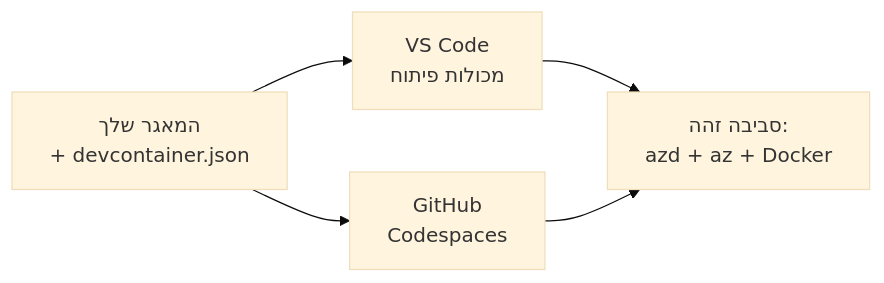
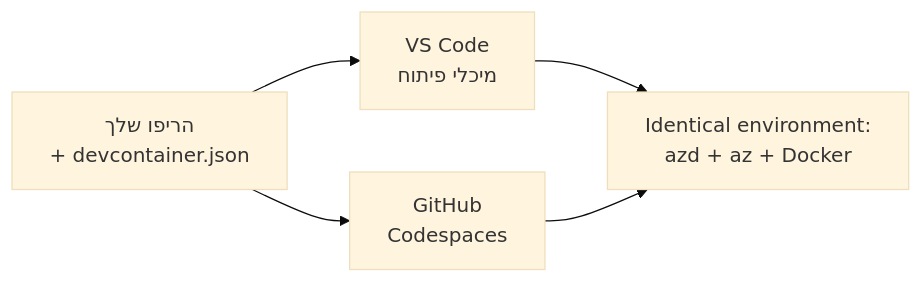
Before and after one commit to microsoft/AZD-for-beginners: the diagram in translations/he/docs/chapter-01-foundation/dev-containers.md, drawn with Mermaid (base theme). The commit also changed other lines of this file and 61 other files, not shown here.

````diff
--- a/translations/he/docs/chapter-01-foundation/dev-containers.md
+++ b/translations/he/docs/chapter-01-foundation/dev-containers.md
@@ -39,7 +41,7 @@
 ```mermaid
 graph LR
-    Repo[המאגר שלך<br/>+ devcontainer.json] --> VSCode[VS Code<br/>מכולות פיתוח]
+    Repo[הריפו שלך<br/>+ devcontainer.json] --> VSCode[VS Code<br/>מיכלי פיתוח]
     Repo --> Codespaces[GitHub<br/>Codespaces]
-    VSCode --> Env[סביבה זהה:<br/>azd + az + Docker]
+    VSCode --> Env[Identical environment:<br/>azd + az + Docker]
     Codespaces --> Env
 ```
````
